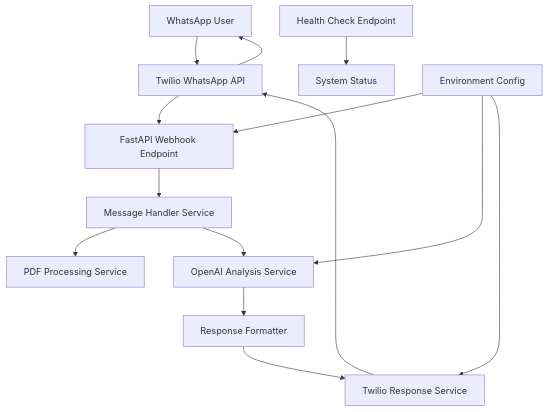
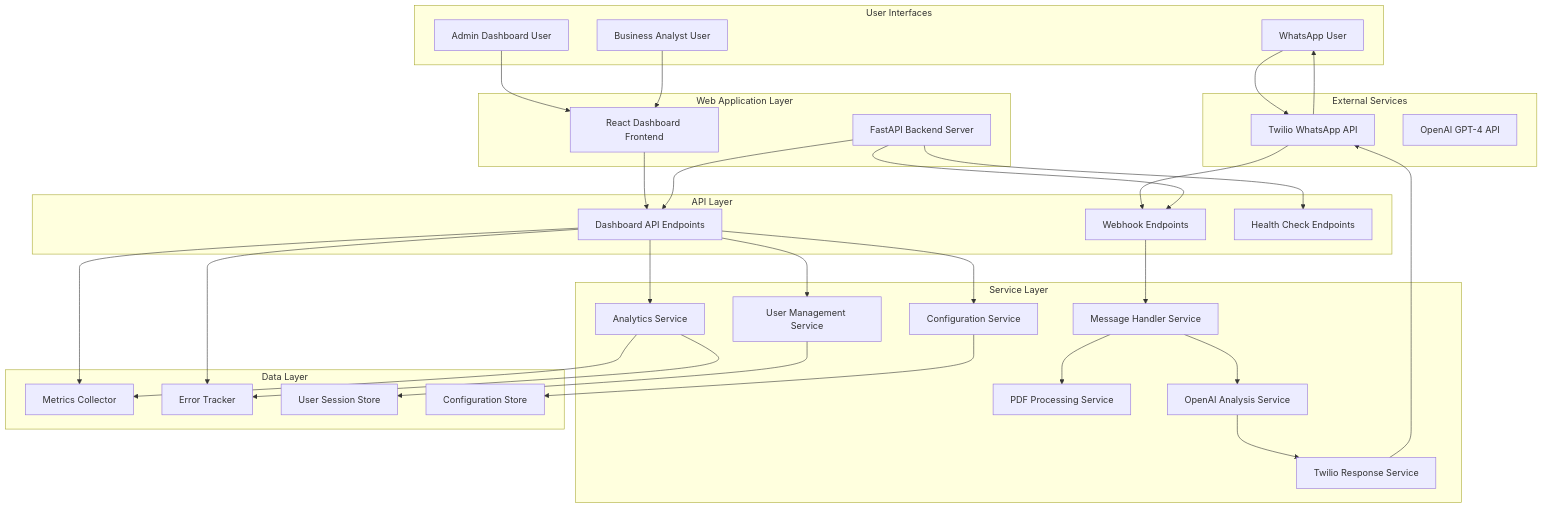
The diagram in .kiro/specs/reality-checker-whatsapp-bot/design.md (3arlN3t/Realitychecker), drawn with Mermaid before and after one commit. The commit also changed other lines of this file and 2 other files, not shown here.

Commit message:
Including comprehensive web-based UI and dashboard capabilities.

````diff
--- a/.kiro/specs/reality-checker-whatsapp-bot/design.md
+++ b/.kiro/specs/reality-checker-whatsapp-bot/design.md
@@ -13,18 +18,68 @@
 ```mermaid
 graph TB
-    A[WhatsApp User] --> B[Twilio WhatsApp API]
-    B --> C[FastAPI Webhook Endpoint]
-    C --> D[Message Handler Service]
-    D --> E[PDF Processing Service]
-    D --> F[OpenAI Analysis Service]
-    F --> G[Response Formatter]
-    G --> H[Twilio Response Service]
-    H --> B
-    B --> A
+    subgraph "User Interfaces"
+        A[WhatsApp User]
+        B[Admin Dashboard User]
+        C[Business Analyst User]
+    end
 
-    I[Health Check Endpoint] --> J[System Status]
+    subgraph "External Services"
+        D[Twilio WhatsApp API]
+        E[OpenAI GPT-4 API]
+    end
 
-    K[Environment Config] --> C
-    K --> F
-    K --> H
+    subgraph "Web Application Layer"
+        F[React Dashboard Frontend]
+        G[FastAPI Backend Server]
+    end
+
+    subgraph "API Layer"
+        H[Webhook Endpoints]
+        I[Dashboard API Endpoints]
+        J[Health Check Endpoints]
+    end
+
+    subgraph "Service Layer"
+        K[Message Handler Service]
+        L[PDF Processing Service]
+        M[OpenAI Analysis Service]
+        N[Twilio Response Service]
+        O[Analytics Service]
+        P[User Management Service]
+        Q[Configuration Service]
+    end
+
+    subgraph "Data Layer"
+        R[Metrics Collector]
+        S[Error Tracker]
+        T[User Session Store]
+        U[Configuration Store]
+    end
+
+    A --> D
+    D --> H
+    H --> K
+    K --> L
+    K --> M
+    M --> N
+    N --> D
+    D --> A
+
+    B --> F
+    C --> F
+    F --> I
+    I --> O
+    I --> P
+    I --> Q
+    I --> R
+    I --> S
+
+    G --> H
+    G --> I
+    G --> J
+
+    O --> R
+    O --> S
+    P --> T
+    Q --> U
 ```
````
